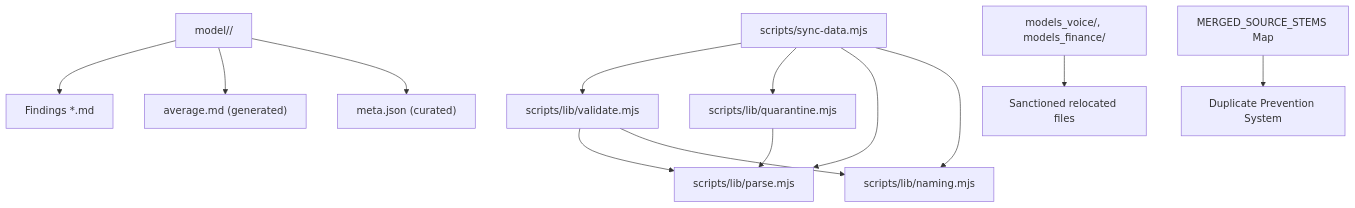
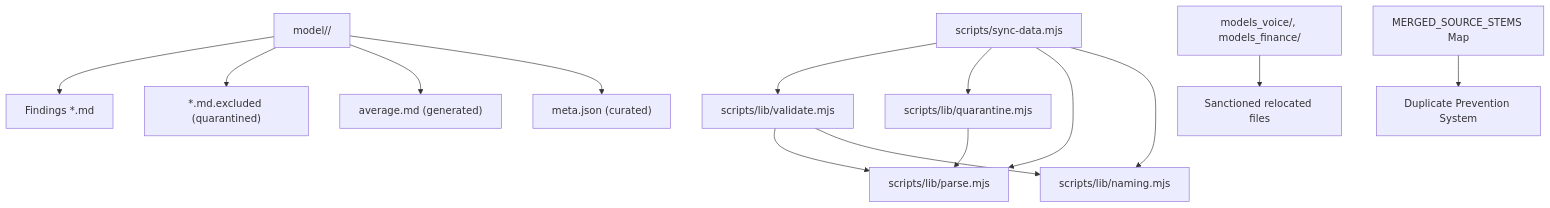
The first of 10 diagrams in .qoder/repowiki/en/content/Data Management System/Data Synchronization Pipeline/Validation Framework.md (delirium-dj/modelcomp), drawn with Mermaid before and after one commit. The commit also changed other lines of this file and 55 other files, not shown here.

````diff
--- a/.qoder/repowiki/en/content/Data Management System/Data Synchronization Pipeline/Validation Framework.md
+++ b/.qoder/repowiki/en/content/Data Management System/Data Synchronization Pipeline/Validation Framework.md
@@ -54,15 +54,16 @@
 ```mermaid
 graph TB
 Sync["scripts/sync-data.mjs"] --> Validate["scripts/lib/validate.mjs"]
 Sync --> Quarantine["scripts/lib/quarantine.mjs"]
 Sync --> Parse["scripts/lib/parse.mjs"]
 Sync --> Naming["scripts/lib/naming.mjs"]
 Validate --> Parse
 Validate --> Naming
 Quarantine --> Parse
 ModelDir["model/<slug>/"] --> Findings["Findings *.md"]
+ModelDir --> Excluded["*.md.excluded (quarantined)"]
 ModelDir --> Average["average.md (generated)"]
 ModelDir --> Meta["meta.json (curated)"]
 MirrorRoots["models_voice/, models_finance/"] --> Relocated["Sanctioned relocated files"]
 MergedStems["MERGED_SOURCE_STEMS Map"] --> DuplicatePrevention["Duplicate Prevention System"]
 ```
````
